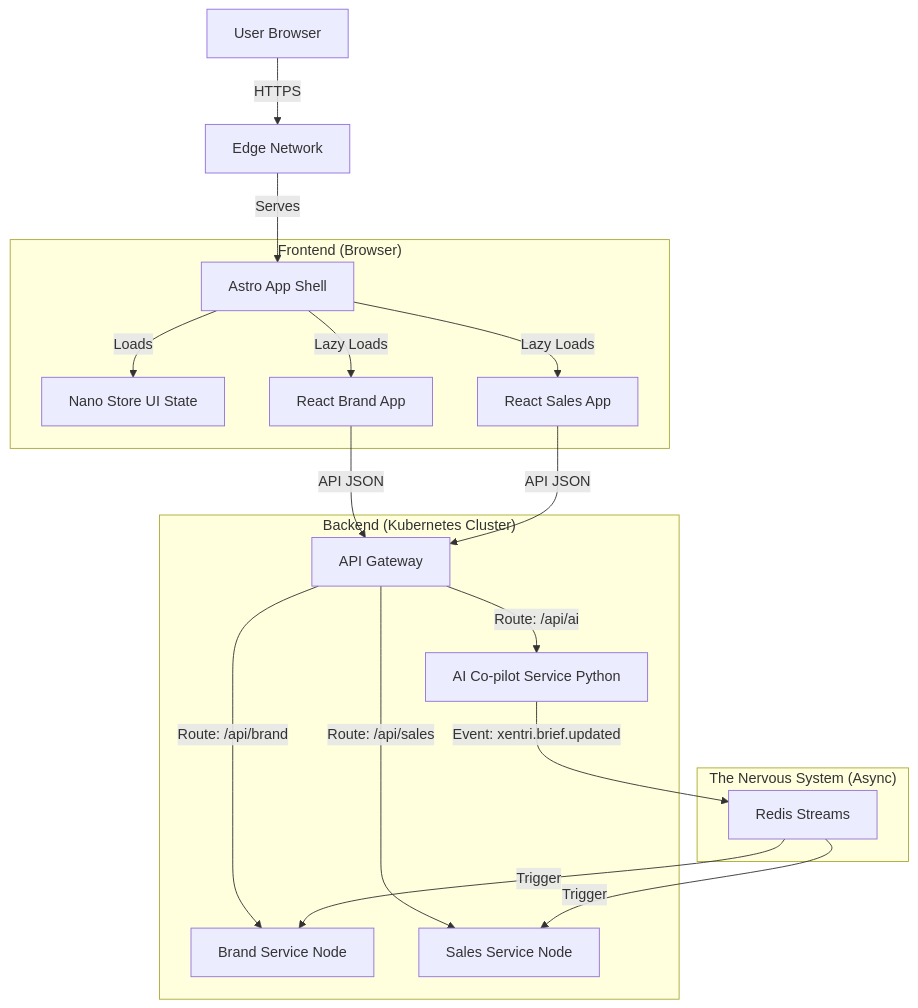
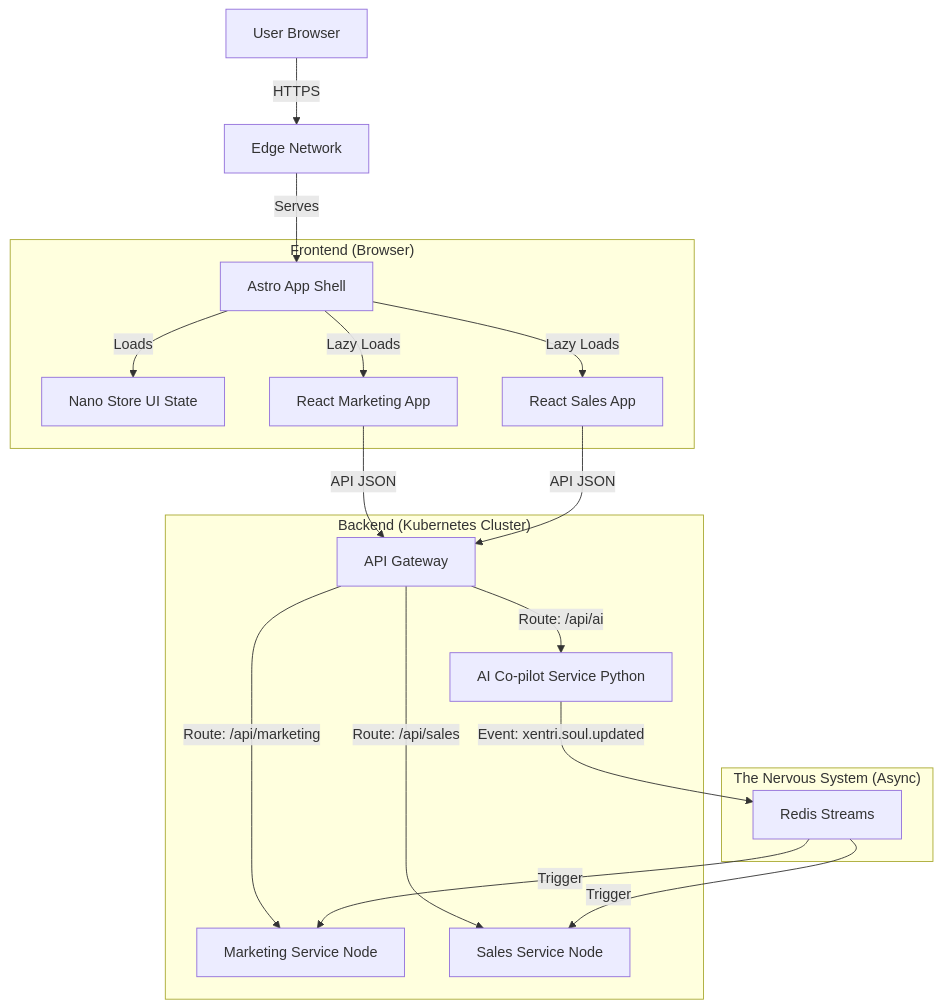
Before and after one commit to carlo-spada/xentri: the first of 6 diagrams in docs/platform/architecture.md, drawn with Mermaid. The commit also changed other lines of this file and 48 other files, not shown here.

````diff
--- a/docs/platform/architecture.md
+++ b/docs/platform/architecture.md
@@ -81,26 +81,26 @@
 ```mermaid
 graph TD
     User[User Browser] -->|HTTPS| CDN[Edge Network]
     CDN -->|Serves| Shell[Astro App Shell]
 
     subgraph "Frontend (Browser)"
         Shell -->|Loads| Sidebar[Nano Store UI State]
-        Shell -->|Lazy Loads| Brand[React Brand App]
+        Shell -->|Lazy Loads| Marketing[React Marketing App]
         Shell -->|Lazy Loads| Sales[React Sales App]
     end
 
     subgraph "Backend (Kubernetes Cluster)"
-        Brand -->|API JSON| APIG[API Gateway]
+        Marketing -->|API JSON| APIG[API Gateway]
         Sales -->|API JSON| APIG
         
-        APIG -->|Route: /api/brand| Svc1[Brand Service Node]
+        APIG -->|Route: /api/marketing| Svc1[Marketing Service Node]
         APIG -->|Route: /api/sales| Svc2[Sales Service Node]
         APIG -->|Route: /api/ai| Svc3[AI Co-pilot Service Python]
     end
 
     subgraph "The Nervous System (Async)"
-        Svc3 -->|Event: xentri.brief.updated| Redis[Redis Streams]
+        Svc3 -->|Event: xentri.soul.updated| Redis[Redis Streams]
         Redis -->|Trigger| Svc1
         Redis -->|Trigger| Svc2
     end
 ```
````
